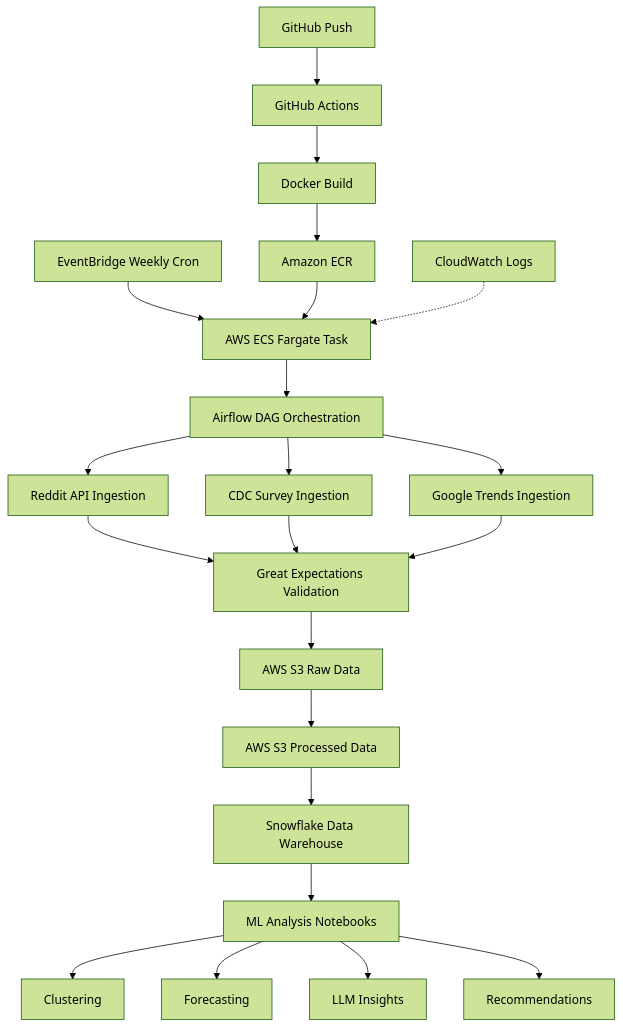
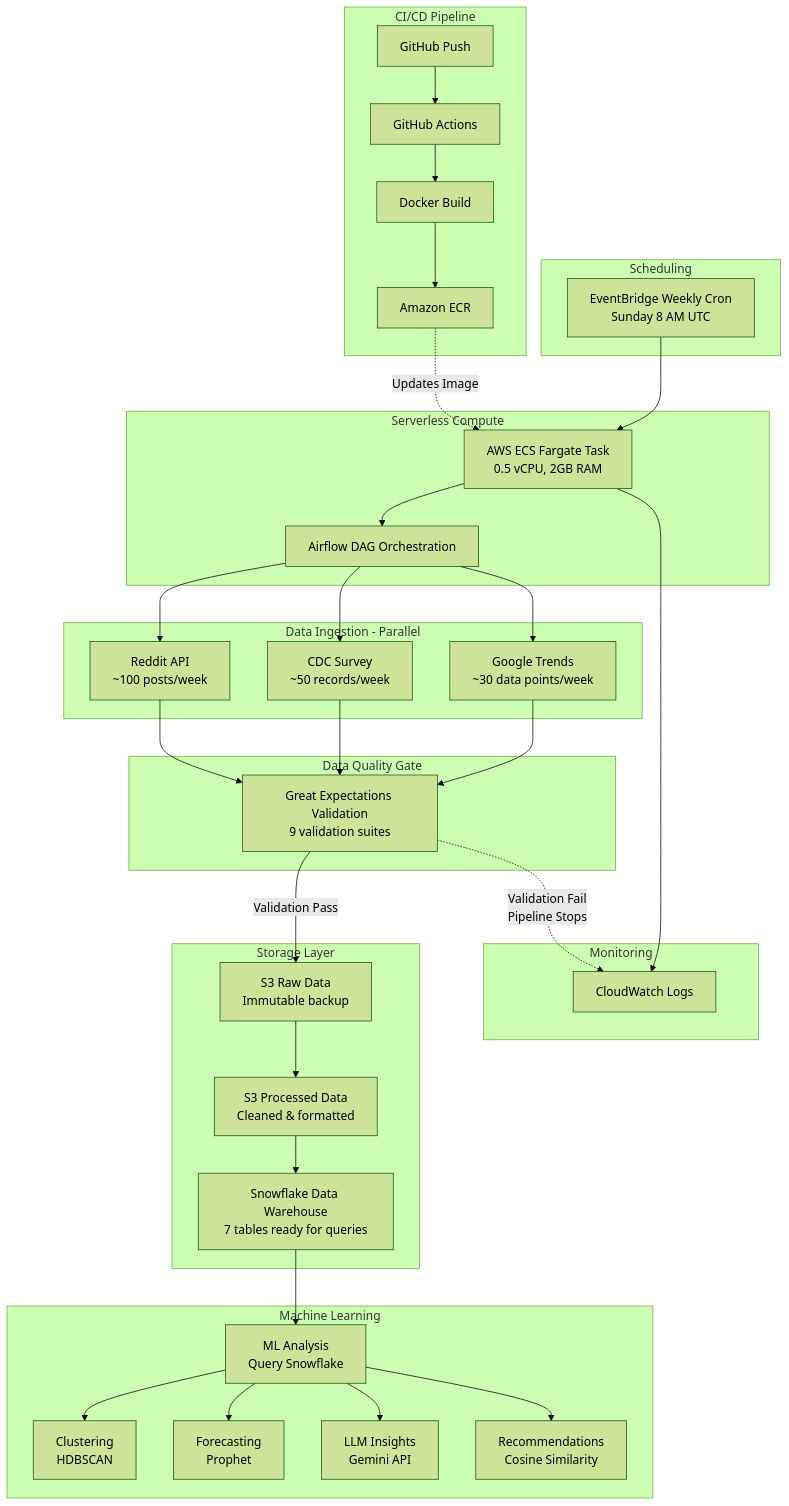
The diagram in README.md (atremante26/Mental_Health_Project), drawn with Mermaid (forest theme) before and after one commit. The commit also changed other lines of this file, not shown here.

````diff
--- a/README.md
+++ b/README.md
@@ -49,31 +49,75 @@
 ```mermaid
 graph TB
-    A[EventBridge Weekly Cron] --> B[AWS ECS Fargate Task]
-    B --> C[Airflow DAG Orchestration]
+    subgraph trigger["Scheduling"]
+        A[EventBridge Weekly Cron<br/>Sunday 8 AM UTC]
+    end
     
-    C --> D1[Reddit API Ingestion]
-    C --> D2[CDC Survey Ingestion]
-    C --> D3[Google Trends Ingestion]
+    subgraph compute["Serverless Compute"]
+        B[AWS ECS Fargate Task<br/>0.5 vCPU, 2GB RAM]
+        C[Airflow DAG Orchestration]
+    end
     
-    D1 --> E[Great Expectations Validation]
+    subgraph ingestion["Data Ingestion - Parallel"]
+        D1[Reddit API<br/>~100 posts/week]
+        D2[CDC Survey<br/>~50 records/week]
+        D3[Google Trends<br/>~30 data points/week]
+    end
+    
+    subgraph validation["Data Quality Gate"]
+        E[Great Expectations Validation<br/>9 validation suites]
+    end
+    
+    subgraph storage["Storage Layer"]
+        F[S3 Raw Data<br/>Immutable backup]
+        G[S3 Processed Data<br/>Cleaned & formatted]
+        H[Snowflake Data Warehouse<br/>7 tables ready for queries]
+    end
+    
+    subgraph ml["Machine Learning"]
+        I[ML Analysis<br/>Query Snowflake]
+        J1[Clustering<br/>HDBSCAN]
+        J2[Forecasting<br/>Prophet]
+        J3[LLM Insights<br/>Gemini API]
+        J4[Recommendations<br/>Cosine Similarity]
+    end
+    
+    subgraph cicd["CI/CD Pipeline"]
+        K[GitHub Push]
+        L[GitHub Actions]
+        M[Docker Build]
+        N[Amazon ECR]
+    end
+    
+    subgraph monitoring["Monitoring"]
+        O[CloudWatch Logs]
+    end
+    
+    A --> B
+    B --> C
+    C --> D1
+    C --> D2
+    C --> D3
+    
+    D1 --> E
     D2 --> E
     D3 --> E
     
-    E --> F[AWS S3 Raw Data]
-    F --> G[AWS S3 Processed Data]
-    G --> H[Snowflake Data Warehouse]
+    E -->|Validation Pass| F
+    E -.->|Validation Fail<br/>Pipeline Stops| O
     
-    H --> I[ML Analysis Notebooks]
-    I --> J1[Clustering]
-    I --> J2[Forecasting]
-    I --> J3[LLM Insights]
-    I --> J4[Recommendations]
+    F --> G
+    G --> H
     
-    K[GitHub Push] --> L[GitHub Actions]
-    L --> M[Docker Build]
-    M --> N[Amazon ECR]
-    N --> B
+    H --> I
+    I --> J1
+    I --> J2
+    I --> J3
+    I --> J4
     
-    O[CloudWatch Logs] -.-> B
-
+    K --> L
+    L --> M
+    M --> N
+    N -.->|Updates Image| B
+    
+    B --> O
 ```
````
